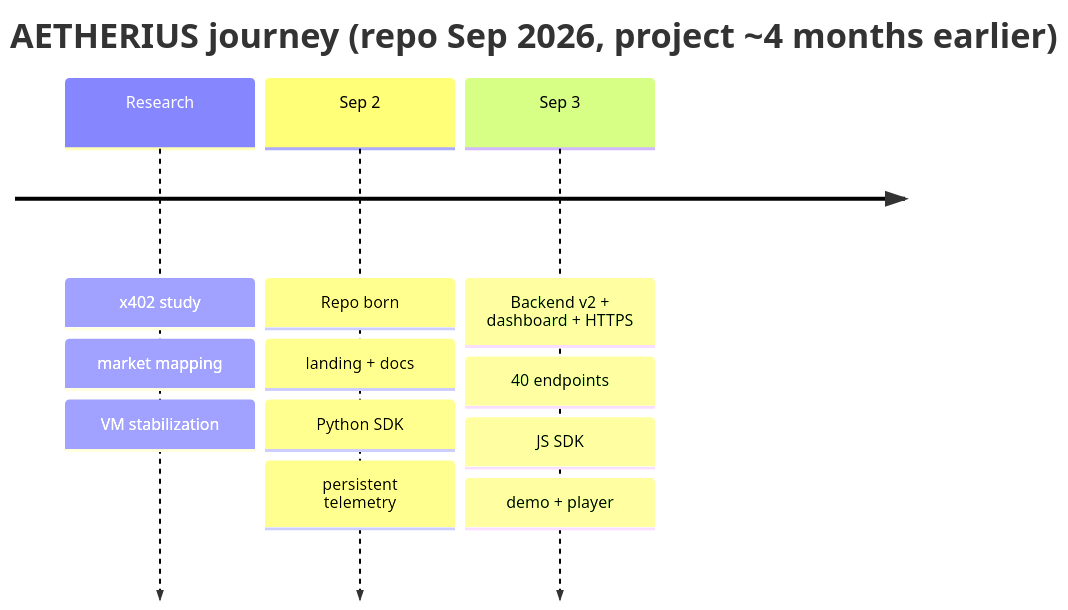
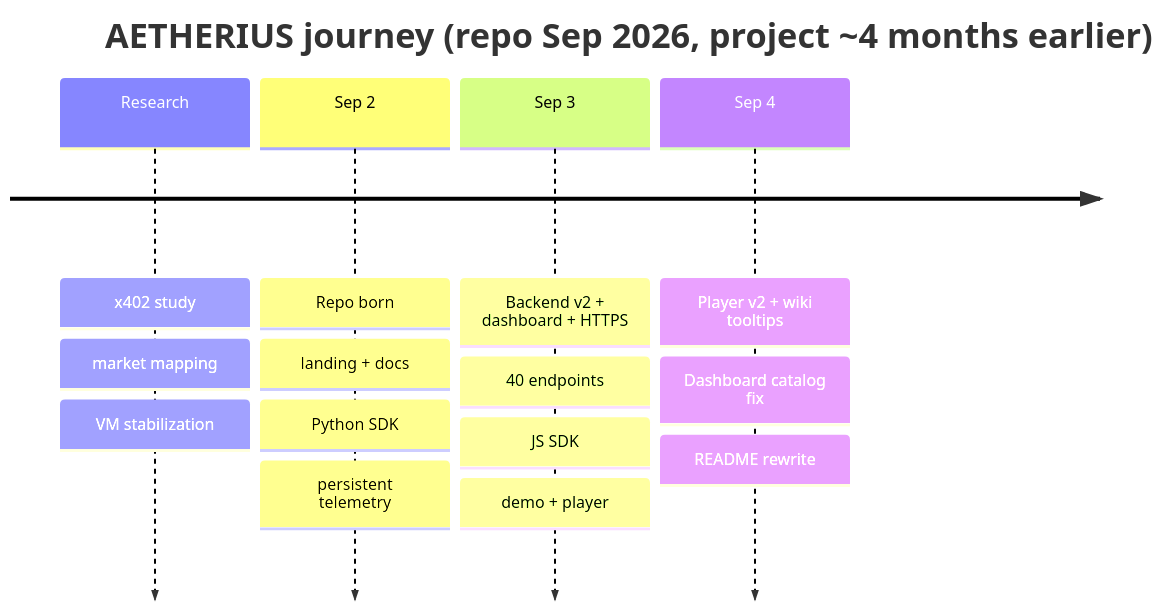
One commit to wilnowilx/aetheriusxapi changed the diagram in README.md. Above: the diagram before and after it, drawn with Mermaid. The commit also changed other lines of this file, not shown here.

Commit message:
README v3: dynamic time badge, timeline with deploy minutes, fixed TOC anchors, contributing with vision+benefits

````diff
--- a/README.md
+++ b/README.md
@@ -34,7 +73,8 @@
 ```mermaid
 timeline
     title AETHERIUS journey (repo Sep 2026, project ~4 months earlier)
     Research : x402 study : market mapping : VM stabilization
     Sep 2 : Repo born : landing + docs : Python SDK : persistent telemetry
     Sep 3 : Backend v2 + dashboard + HTTPS : 40 endpoints : JS SDK : demo + player
+    Sep 4 : Player v2 + wiki tooltips : Dashboard catalog fix : README rewrite
 ```
````
